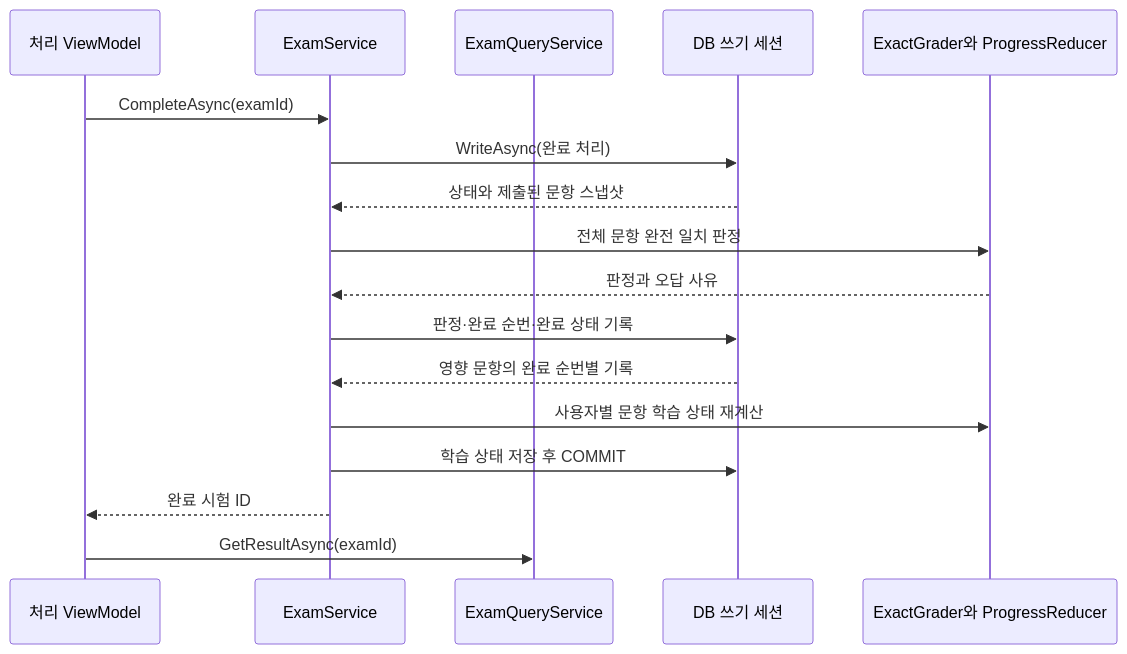
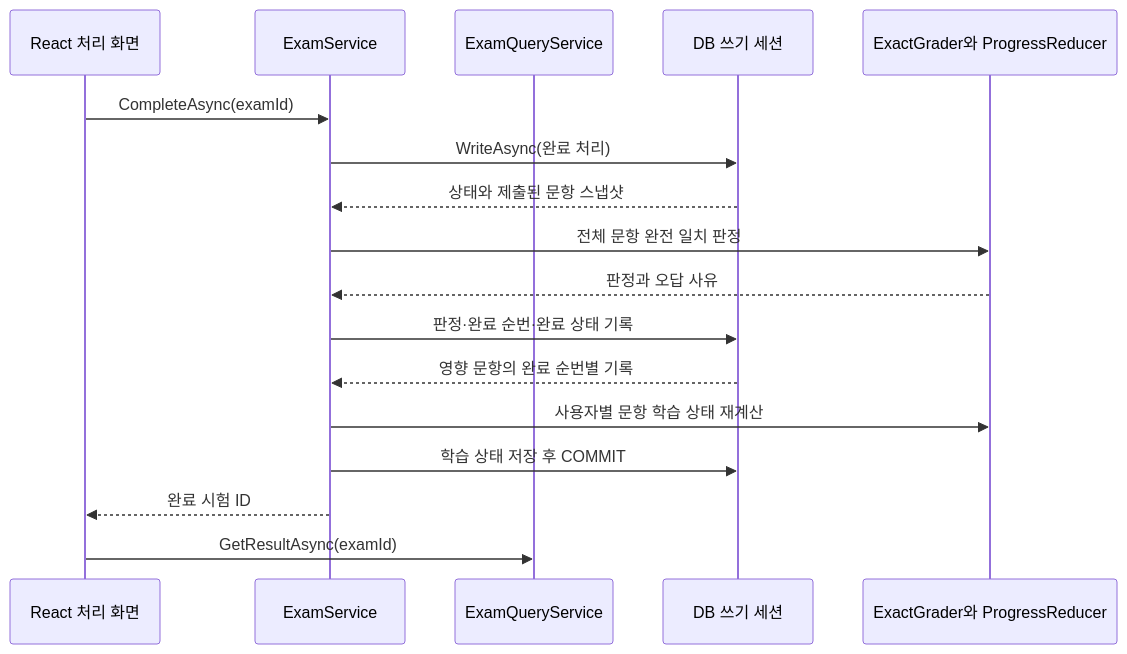
One commit to hominjang/StudyApp changed the diagram in Window/구현설계/07_제출채점과결과.md. Above: the diagram before and after it, drawn with Mermaid. The commit also changed other lines of this file and 98 other files, not shown here.

````diff
--- a/Window/구현설계/07_제출채점과결과.md
+++ b/Window/구현설계/07_제출채점과결과.md
@@ -15,19 +15,19 @@
 ```mermaid
 sequenceDiagram
-    participant V as 처리 ViewModel
+    participant V as React 처리 화면
     participant S as ExamService
     participant Q as ExamQueryService
     participant D as DB 쓰기 세션
     participant R as ExactGrader와 ProgressReducer
     V->>S: CompleteAsync(examId)
     S->>D: WriteAsync(완료 처리)
     D-->>S: 상태와 제출된 문항 스냅샷
     S->>R: 전체 문항 완전 일치 판정
     R-->>S: 판정과 오답 사유
     S->>D: 판정·완료 순번·완료 상태 기록
     D-->>S: 영향 문항의 완료 순번별 기록
     S->>R: 사용자별 문항 학습 상태 재계산
     S->>D: 학습 상태 저장 후 COMMIT
     S-->>V: 완료 시험 ID
     V->>Q: GetResultAsync(examId)
 ```
````
